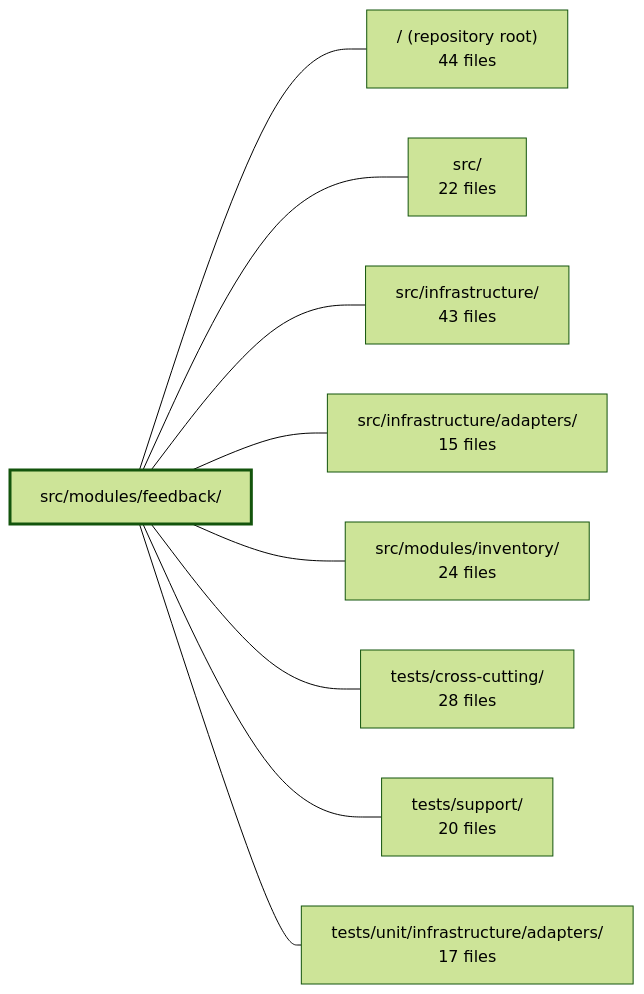
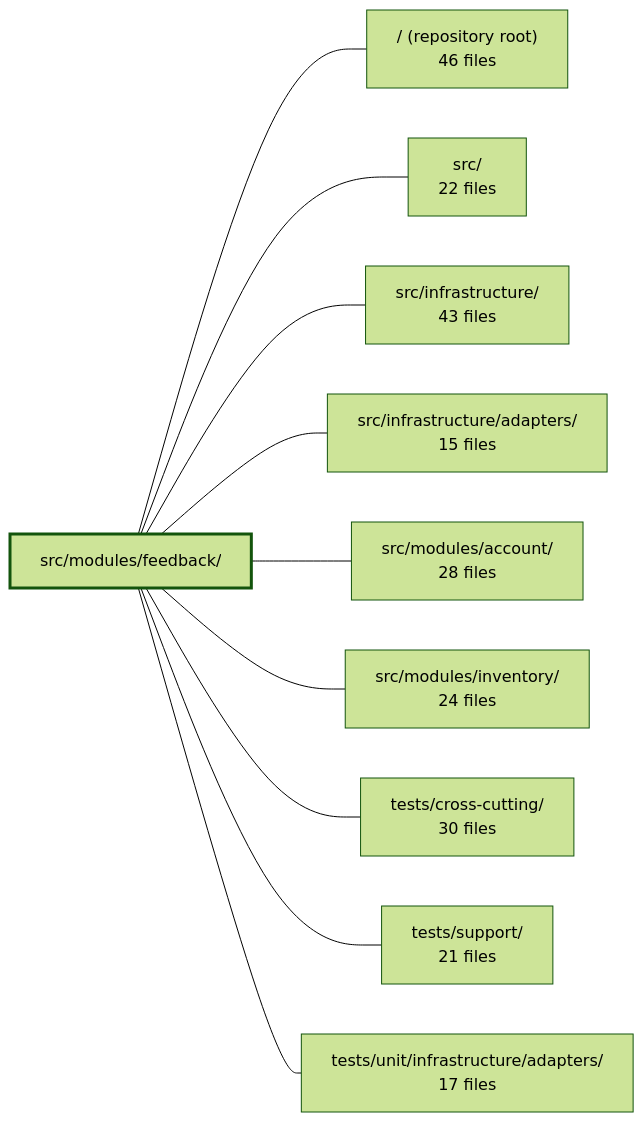
Before and after one commit to Guebbit/boilerplate-node-backend: the diagram in .2repo/modules/boilerplate-node-backend_src_modules_feedback.md, drawn with Mermaid (forest theme). The commit also changed other lines of this file and 302 other files, not shown here.

First line of the commit message:
chore(2repo): refresh repo context, wiki, and architecture snapshots

````diff
--- a/.2repo/modules/boilerplate-node-backend_src_modules_feedback.md
+++ b/.2repo/modules/boilerplate-node-backend_src_modules_feedback.md
@@ -38,21 +42,23 @@
 ```mermaid
 flowchart LR
     m_src_modules_feedback["src/modules/feedback/"]
-    m_root["/ (repository root)<br/>44 files"]
+    m_root["/ (repository root)<br/>46 files"]
     m_src["src/<br/>22 files"]
     m_src_infrastructure["src/infrastructure/<br/>43 files"]
     m_src_infrastructure_adapters["src/infrastructure/adapters/<br/>15 files"]
+    m_src_modules_account["src/modules/account/<br/>28 files"]
     m_src_modules_inventory["src/modules/inventory/<br/>24 files"]
-    m_tests_cross_cutting["tests/cross-cutting/<br/>28 files"]
-    m_tests_support["tests/support/<br/>20 files"]
+    m_tests_cross_cutting["tests/cross-cutting/<br/>30 files"]
+    m_tests_support["tests/support/<br/>21 files"]
     m_tests_unit_infrastructure_adapters["tests/unit/infrastructure/adapters/<br/>17 files"]
     m_src_modules_feedback --- m_root
     m_src_modules_feedback --- m_src
     m_src_modules_feedback --- m_src_infrastructure
     m_src_modules_feedback --- m_src_infrastructure_adapters
+    m_src_modules_feedback --- m_src_modules_account
     m_src_modules_feedback --- m_src_modules_inventory
     m_src_modules_feedback --- m_tests_cross_cutting
     m_src_modules_feedback --- m_tests_support
     m_src_modules_feedback --- m_tests_unit_infrastructure_adapters
     style m_src_modules_feedback stroke-width:3px
 ```
````
